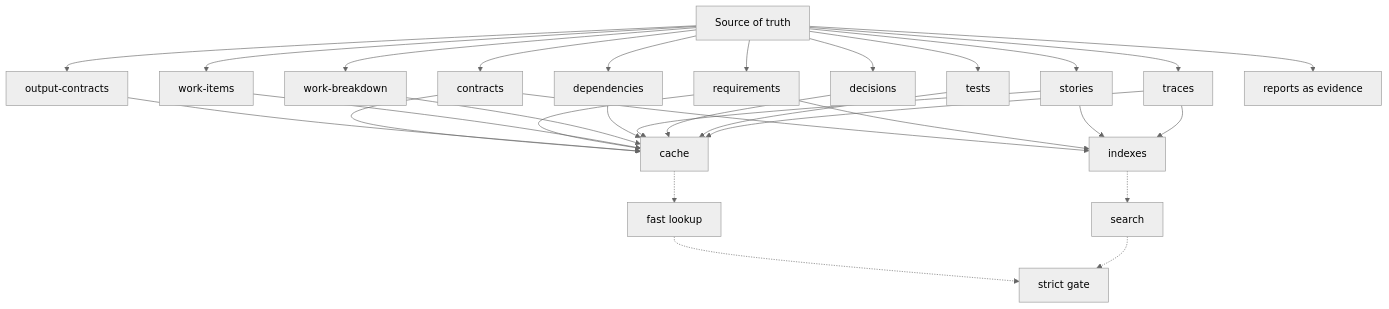
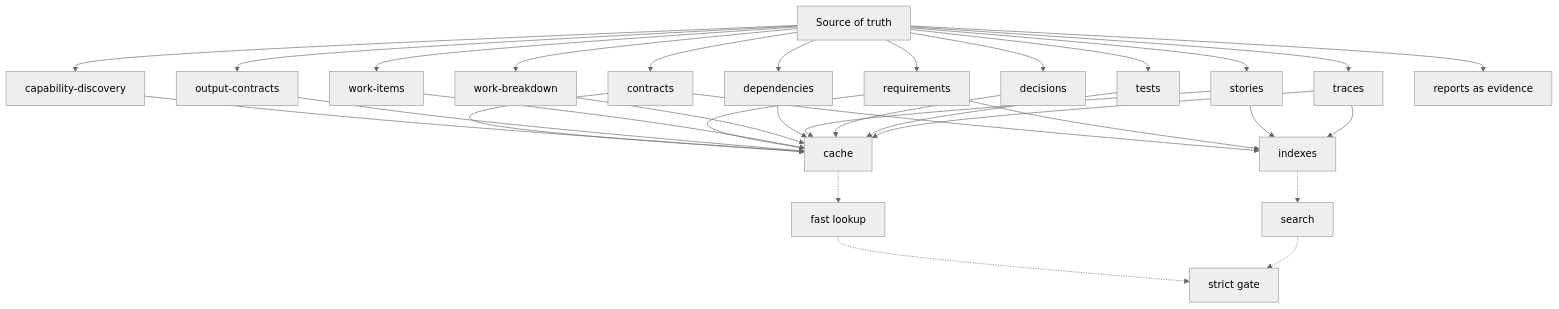
One commit to aantenore/agentic-sdlc-codex-plugin changed the first of 2 diagrams in docs/kb-structure.md. Above: the diagram before and after it, drawn with Mermaid (neutral theme). The commit also changed other lines of this file and 15 other files, not shown here.

Commit message:
feat: add contextual capability discovery

````diff
--- a/docs/kb-structure.md
+++ b/docs/kb-structure.md
@@ -43,36 +44,38 @@
 ```mermaid
 flowchart TB
   Source["Source of truth"]
   Source --> Contracts["contracts"]
+  Source --> Capabilities["capability-discovery"]
   Source --> OutputContracts["output-contracts"]
   Source --> Requirements["requirements"]
   Source --> WorkItems["work-items"]
   Source --> Breakdown["work-breakdown"]
   Source --> Dependencies["dependencies"]
   Source --> Stories["stories"]
   Source --> Decisions["decisions"]
   Source --> Tests["tests"]
   Source --> Traces["traces"]
   Source --> Reports["reports as evidence"]
 
   Contracts --> Cache["cache"]
+  Capabilities --> Cache
   OutputContracts --> Cache
   Requirements --> Cache
   WorkItems --> Cache
   Breakdown --> Cache
   Dependencies --> Cache
   Stories --> Cache
   Decisions --> Cache
   Tests --> Cache
   Traces --> Cache
 
   Contracts --> Indexes["indexes"]
   Requirements --> Indexes
   Stories --> Indexes
   Traces --> Indexes
 
   Cache -.-> FastLookup["fast lookup"]
   Indexes -.-> Search["search"]
   FastLookup -.-> Gate["strict gate"]
   Search -.-> Gate
 ```
````
